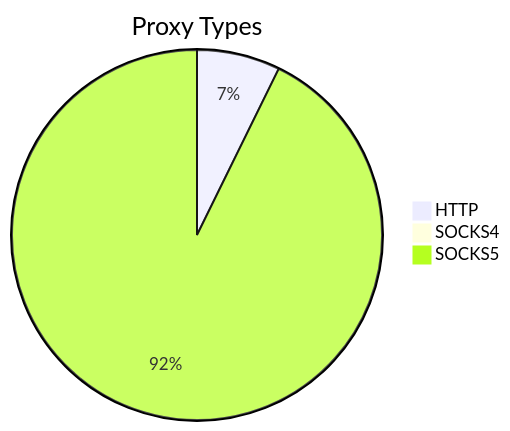
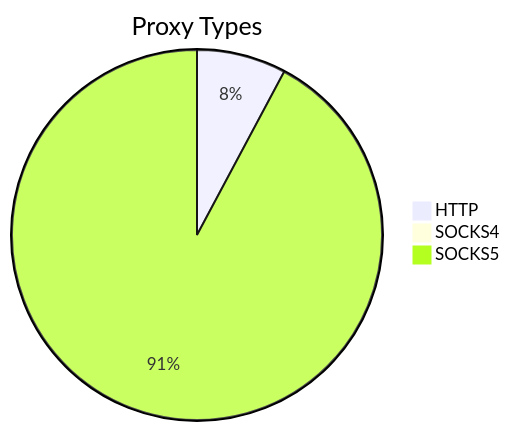
One commit to stormsia/proxy-list changed the first of 2 diagrams in README.md. Above: the diagram before and after it, drawn with Mermaid. The commit also changed other lines of this file, not shown here.

````diff
--- a/README.md
+++ b/README.md
@@ -21,6 +21,6 @@
 ```mermaid
 pie title Proxy Types
-    "HTTP" : 232
-    "SOCKS4" : 27
-    "SOCKS5" : 2959
+    "HTTP" : 262
+    "SOCKS4" : 26
+    "SOCKS5" : 3096
 ```
````
